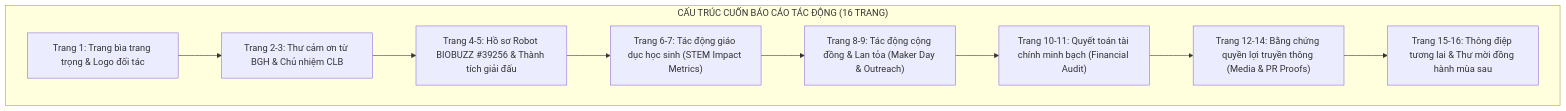
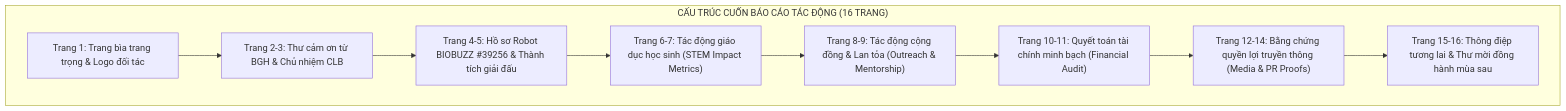
Before and after one commit to Minhmice/roboticssocson: the third of 4 diagrams in docs/campaign-2026-2027/12-minh-bach-bao-cao-tac-dong.md, drawn with Mermaid. The commit also changed other lines of this file and 367 other files, not shown here.

````diff
--- a/docs/campaign-2026-2027/12-minh-bach-bao-cao-tac-dong.md
+++ b/docs/campaign-2026-2027/12-minh-bach-bao-cao-tac-dong.md
@@ -94,14 +94,14 @@
 ```mermaid
 graph TD
     subgraph IMPACT_REPORT_STRUCTURE["CẤU TRÚC CUỐN BÁO CÁO TÁC ĐỘNG (16 TRANG)"]
         P1["Trang 1: Trang bìa trang trọng & Logo đối tác"]
         P2["Trang 2-3: Thư cảm ơn từ BGH & Chủ nhiệm CLB"]
         P3["Trang 4-5: Hồ sơ Robot BIOBUZZ #39256 & Thành tích giải đấu"]
         P4["Trang 6-7: Tác động giáo dục học sinh (STEM Impact Metrics)"]
-        P5["Trang 8-9: Tác động cộng đồng & Lan tỏa (Maker Day & Outreach)"]
+        P5["Trang 8-9: Tác động cộng đồng & Lan tỏa (Outreach & Mentorship)"]
         P6["Trang 10-11: Quyết toán tài chính minh bạch (Financial Audit)"]
         P7["Trang 12-14: Bằng chứng quyền lợi truyền thông (Media & PR Proofs)"]
         P8["Trang 15-16: Thông điệp tương lai & Thư mời đồng hành mùa sau"]
     end
     P1 --> P2 --> P3 --> P4 --> P5 --> P6 --> P7 --> P8
 ```
````
